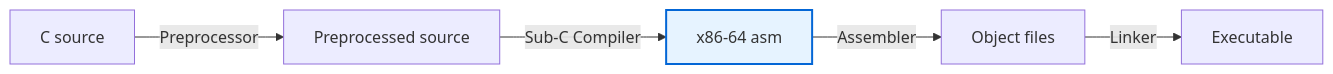
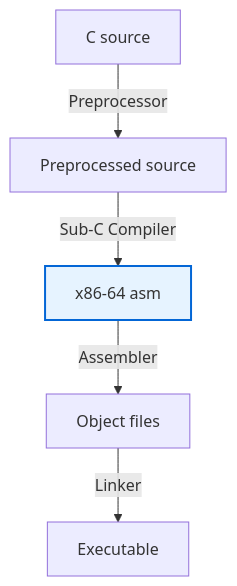
Before and after one commit to joshuanunn/sub-c: the diagram in README.md, drawn with Mermaid.

Commit message:
Fix mermaid flowchart direction in README

````diff
--- a/README.md
+++ b/README.md
@@ -93,15 +93,15 @@
 ```mermaid
-flowchart LR
+flowchart TB
     A["C source"]
     B["Preprocessed source"]
     C["x86-64 asm"] 
     D["Object files"] 
     E["Executable"]
 
     A -- "Preprocessor" --> B
     B -- "Sub-C Compiler" --> C
     C -- "Assembler" --> D
     D -- "Linker" --> E
 
     style C fill:#e6f3ff,stroke:#0366d6,stroke-width:2px
 ```
````
